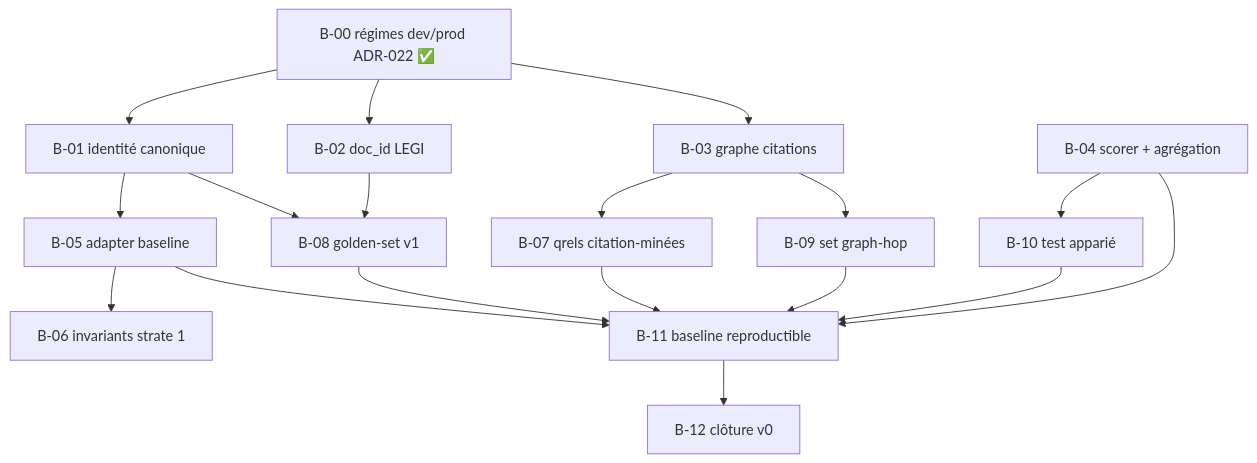
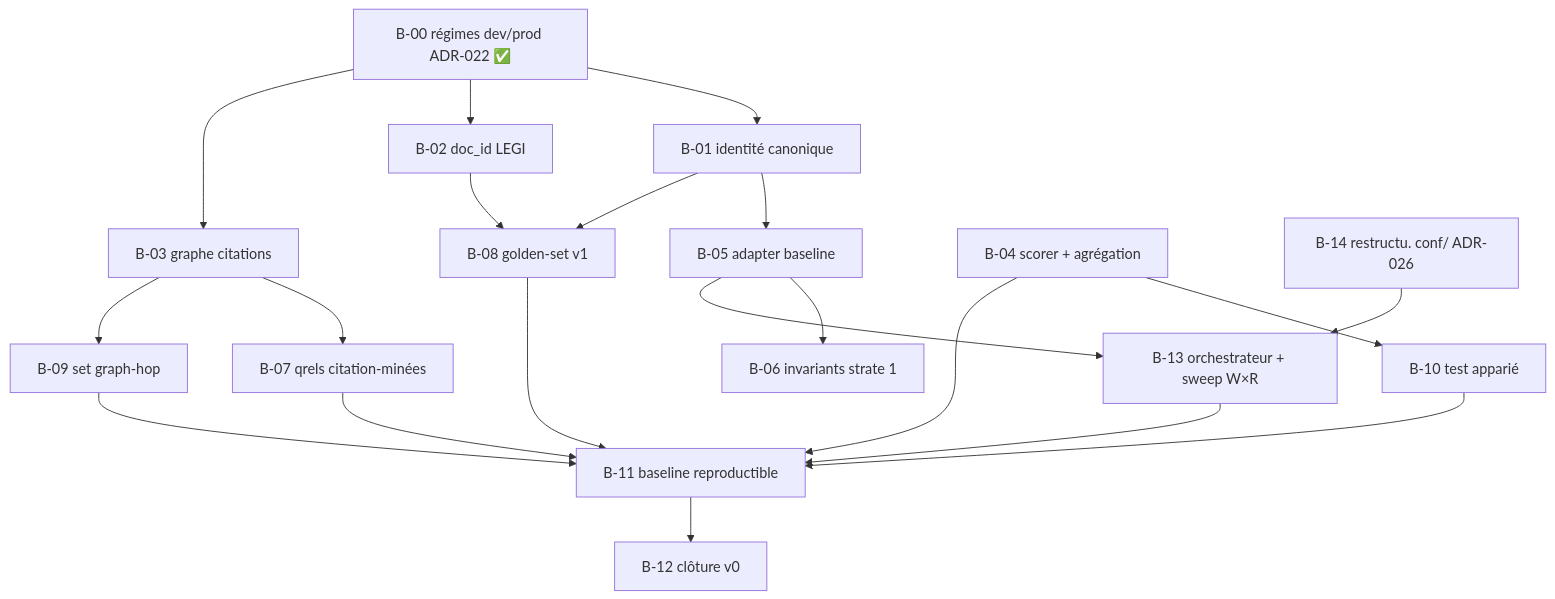
Before and after one commit to nmoutou/murphy: the diagram in docs/pilotage/BACKLOG.md, drawn with Mermaid. The commit also changed other lines of this file and 18 other files, not shown here.

````diff
--- a/docs/pilotage/BACKLOG.md
+++ b/docs/pilotage/BACKLOG.md
@@ -54,20 +65,22 @@
 ```mermaid
 flowchart TD
     B00[B-00 régimes dev/prod ADR-022 ✅] --> B01[B-01 identité canonique]
     B00 --> B02[B-02 doc_id LEGI]
     B00 --> B03
     B01 --> B05[B-05 adapter baseline]
     B01 --> B08[B-08 golden-set v1]
     B02 --> B08
     B03[B-03 graphe citations] --> B07[B-07 qrels citation-minées]
     B03 --> B09[B-09 set graph-hop]
     B04[B-04 scorer + agrégation] --> B10[B-10 test apparié]
     B04 --> B11[B-11 baseline reproductible]
     B05 --> B06[B-06 invariants strate 1]
-    B05 --> B11
+    B05 --> B13[B-13 orchestrateur + sweep W×R]
+    B14[B-14 restructu. conf/ ADR-026] --> B13
     B07 --> B11
     B08 --> B11
     B09 --> B11
     B10 --> B11
+    B13 --> B11
     B11 --> B12[B-12 clôture v0]
 ```
````
